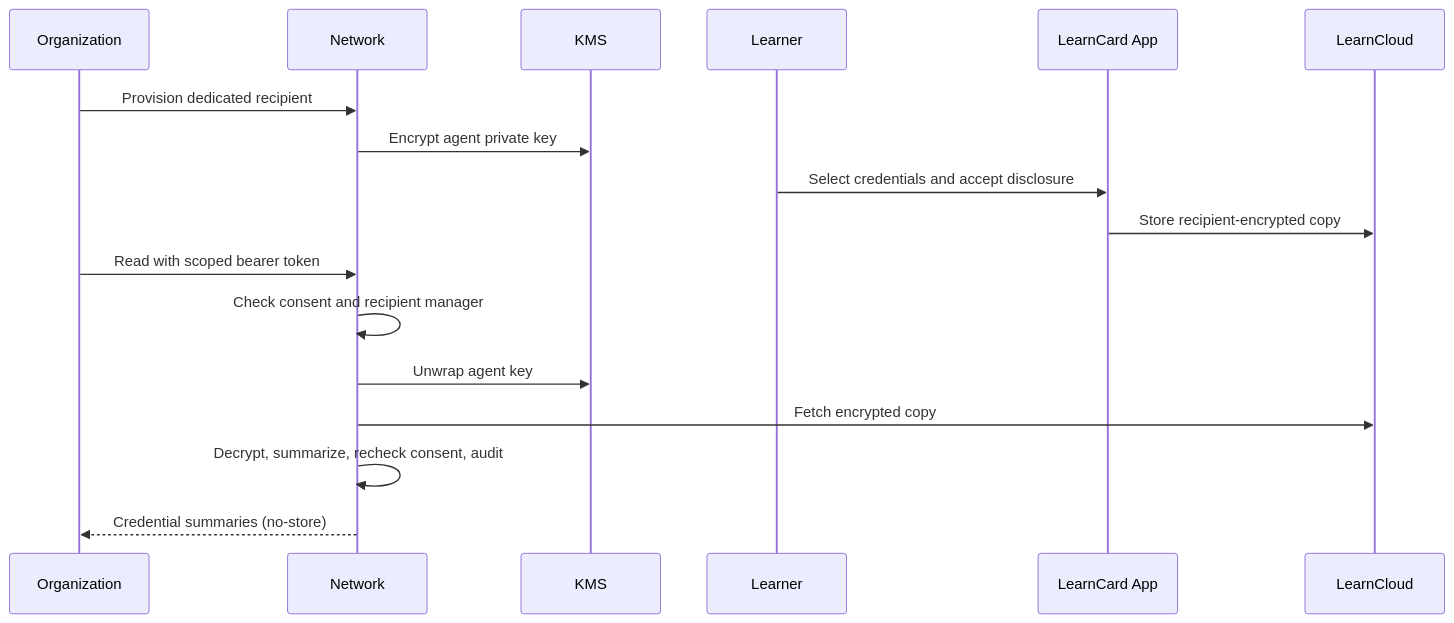
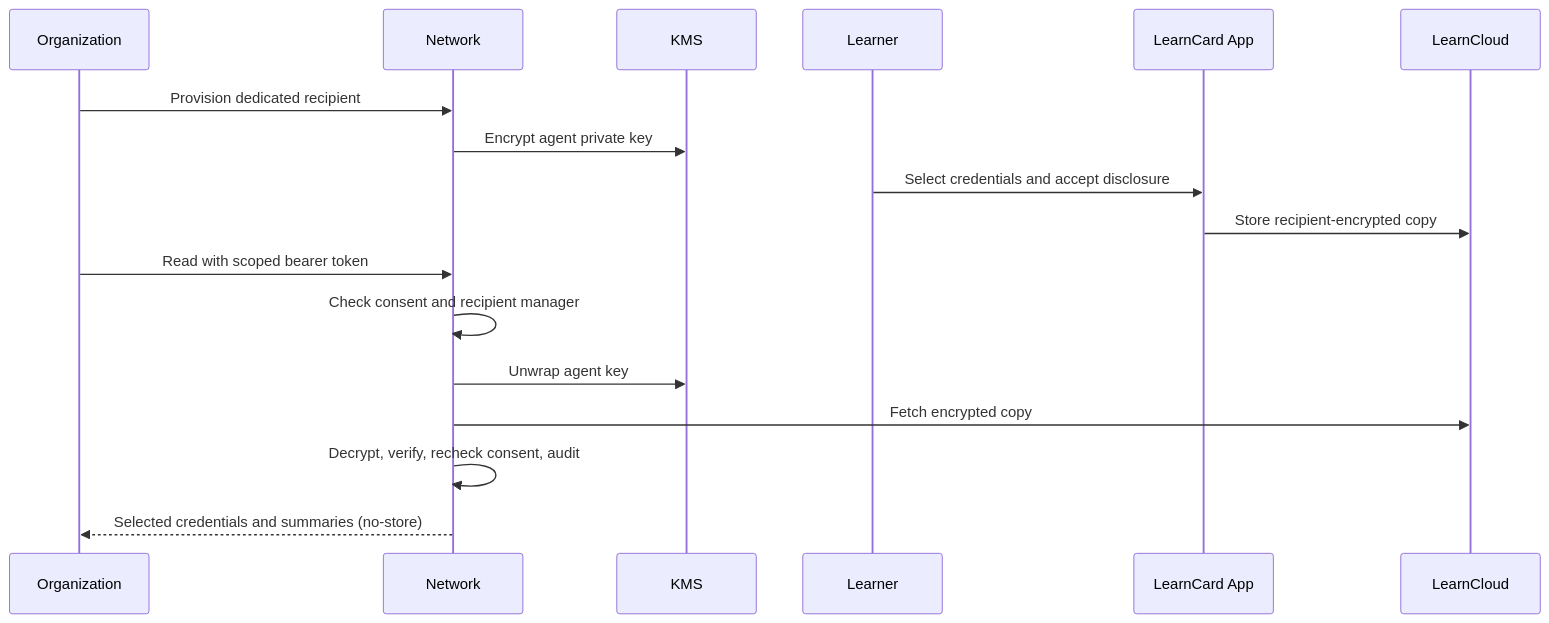
The diagram in docs/how-to-guides/consent-flow/readable-delivery.md (learningeconomy/LearnCard), drawn with Mermaid before and after one commit. The commit also changed other lines of this file and 18 other files, not shown here.

Commit message:
Deliver complete selected credentials for version 2 recipients

````diff
--- a/docs/how-to-guides/consent-flow/readable-delivery.md
+++ b/docs/how-to-guides/consent-flow/readable-delivery.md
@@ -13,13 +13,13 @@
 ```mermaid
 sequenceDiagram
     Organization->>Network: Provision dedicated recipient
     Network->>KMS: Encrypt agent private key
     Learner->>LearnCard App: Select credentials and accept disclosure
     LearnCard App->>LearnCloud: Store recipient-encrypted copy
     Organization->>Network: Read with scoped bearer token
     Network->>Network: Check consent and recipient manager
     Network->>KMS: Unwrap agent key
     Network->>LearnCloud: Fetch encrypted copy
-    Network->>Network: Decrypt, summarize, recheck consent, audit
-    Network-->>Organization: Credential summaries (no-store)
+    Network->>Network: Decrypt, verify, recheck consent, audit
+    Network-->>Organization: Selected credentials and summaries (no-store)
 ```
````
